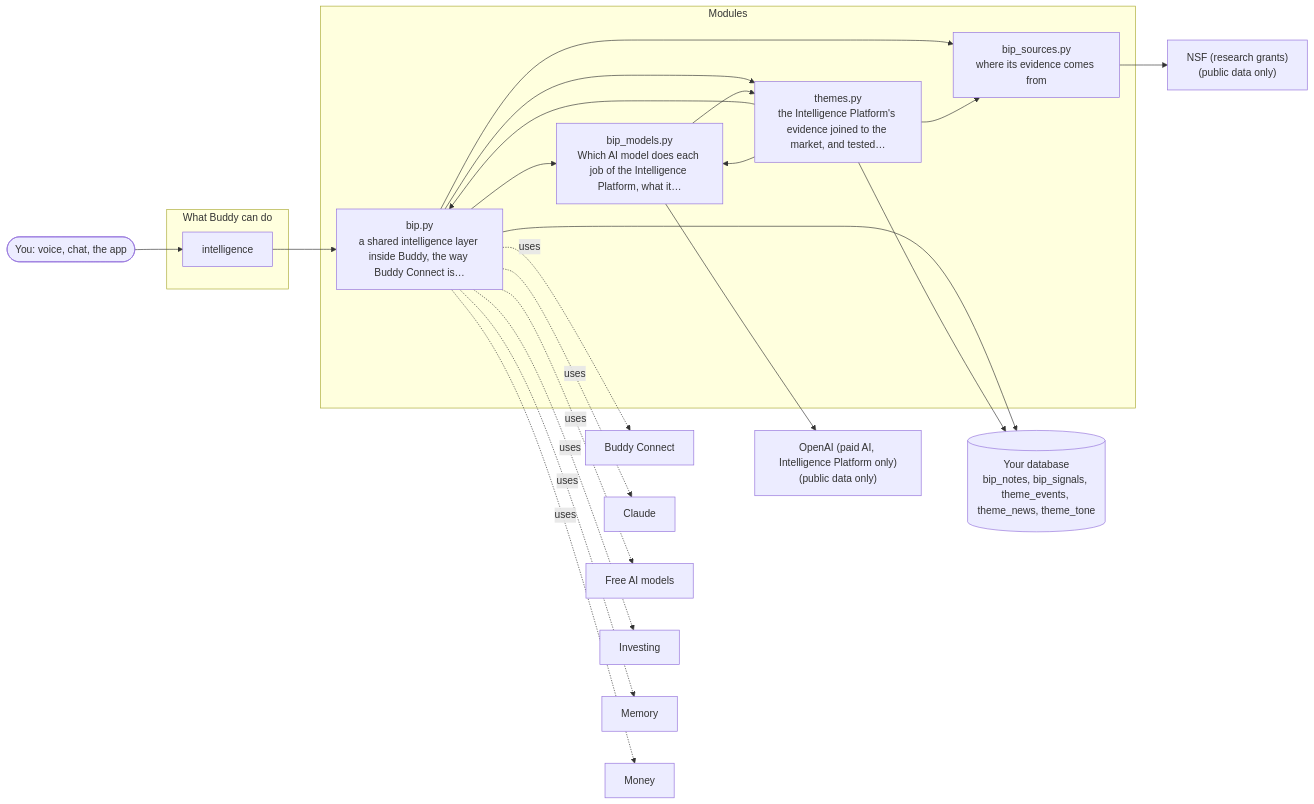
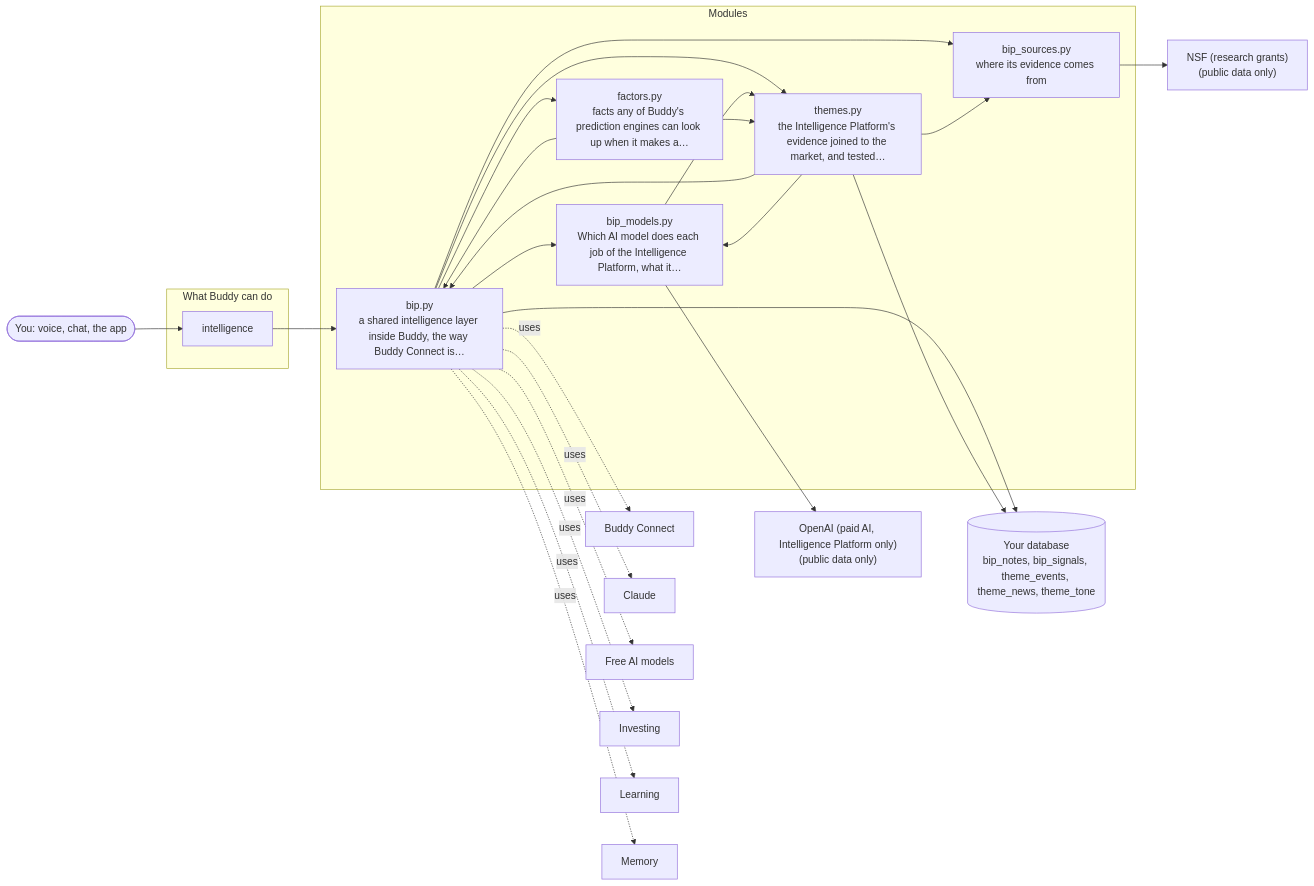
One commit to aneesh304810/BuddyAgent changed the diagram in docs/architecture/20-buddy-intelligence-platform.md. Above: the diagram before and after it, drawn with Mermaid. The commit also changed other lines of this file and 23 other files, not shown here.

First line of the commit message:
Three prediction engines on one learning core, with shared signals and a theme model

````diff
--- a/docs/architecture/20-buddy-intelligence-platform.md
+++ b/docs/architecture/20-buddy-intelligence-platform.md
@@ -7,41 +7,45 @@
 ```mermaid
 flowchart LR
     you(["You: voice, chat, the app"])
     subgraph Tools["What Buddy can do"]
         t_intelligence["intelligence"]
     end
     subgraph Modules["Modules"]
         bip_py["bip.py<br/>a shared intelligence layer inside Buddy, the way Buddy Connect is…"]
         bip_sources_py["bip_sources.py<br/>where its evidence comes from"]
         themes_py["themes.py<br/>the Intelligence Platform's evidence joined to the market, and tested…"]
         bip_models_py["bip_models.py<br/>Which AI model does each job of the Intelligence Platform, what it…"]
+        factors_py["factors.py<br/>facts any of Buddy's prediction engines can look up when it makes a…"]
     end
     you --> t_intelligence
     t_intelligence --> bip_py
     bip_py --> bip_models_py
     bip_py --> bip_sources_py
+    bip_py --> factors_py
     bip_py --> themes_py
     themes_py --> bip_py
     themes_py --> bip_models_py
     themes_py --> bip_sources_py
     bip_models_py --> themes_py
+    factors_py --> bip_py
+    factors_py --> themes_py
     db[("Your database<br/>bip_notes, bip_signals, theme_events, theme_news, theme_tone")]
     bip_py --> db
     themes_py --> db
     s_nsf["NSF (research grants)<br/>(public data only)"]
     bip_sources_py --> s_nsf
     s_openai["OpenAI (paid AI, Intelligence Platform only)<br/>(public data only)"]
     bip_models_py --> s_openai
     o_0["Buddy Connect"]
     bip_py -. uses .-> o_0
     o_1["Claude"]
     bip_py -. uses .-> o_1
     o_2["Free AI models"]
     bip_py -. uses .-> o_2
     o_3["Investing"]
     bip_py -. uses .-> o_3
-    o_4["Memory"]
+    o_4["Learning"]
     bip_py -. uses .-> o_4
-    o_5["Money"]
+    o_5["Memory"]
     bip_py -. uses .-> o_5
 ```
````
